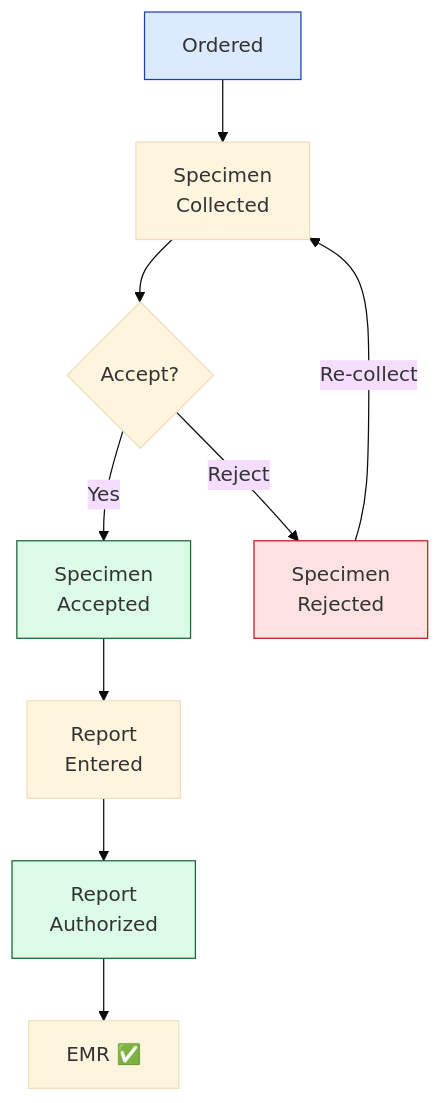
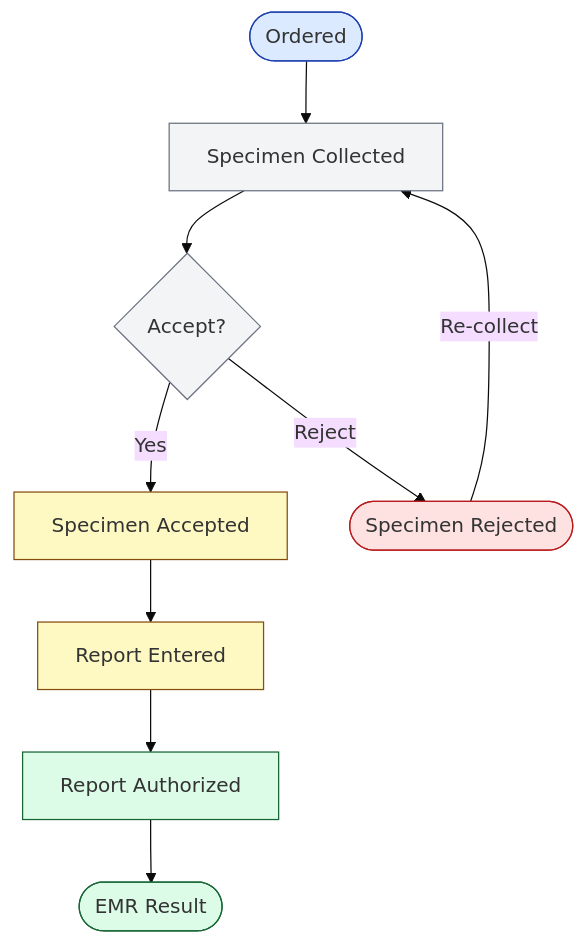
The diagram in public/charts/lab-order-to-result.mmd (npnatt12/KMCH-HIS-Wiki), drawn with Mermaid (base theme) before and after one commit. The commit also changed 96 other files, not shown here.

First line of the commit message:
feat(portal): Phase 2 complete — cheat sheets, charts, and routes

```diff
--- a/public/charts/lab-order-to-result.mmd
+++ b/public/charts/lab-order-to-result.mmd
@@ -1,13 +1,17 @@
 graph TB
-  A[Ordered] --> B[Specimen<br/>Collected]
+  A([Ordered]) --> B[Specimen Collected]
   B --> C{Accept?}
-  C -->|Yes| D[Specimen<br/>Accepted]
-  C -->|Reject| E[Specimen<br/>Rejected]
+  C -->|Yes| D[Specimen Accepted]
+  C -->|Reject| E([Specimen Rejected])
   E -->|Re-collect| B
-  D --> F[Report<br/>Entered]
-  F --> G[Report<br/>Authorized]
-  G --> H[EMR ✅]
+  D --> F[Report Entered]
+  F --> G[Report Authorized]
+  G --> H([EMR Result])
   style A fill:#dbeafe,stroke:#1e40af
-  style D fill:#dcfce7,stroke:#166534
+  style B fill:#f3f4f6,stroke:#6b7280
+  style C fill:#f3f4f6,stroke:#6b7280
+  style D fill:#fef9c3,stroke:#854d0e
   style E fill:#fee2e2,stroke:#b91c1c
+  style F fill:#fef9c3,stroke:#854d0e
   style G fill:#dcfce7,stroke:#166534
+  style H fill:#dcfce7,stroke:#166534
```
